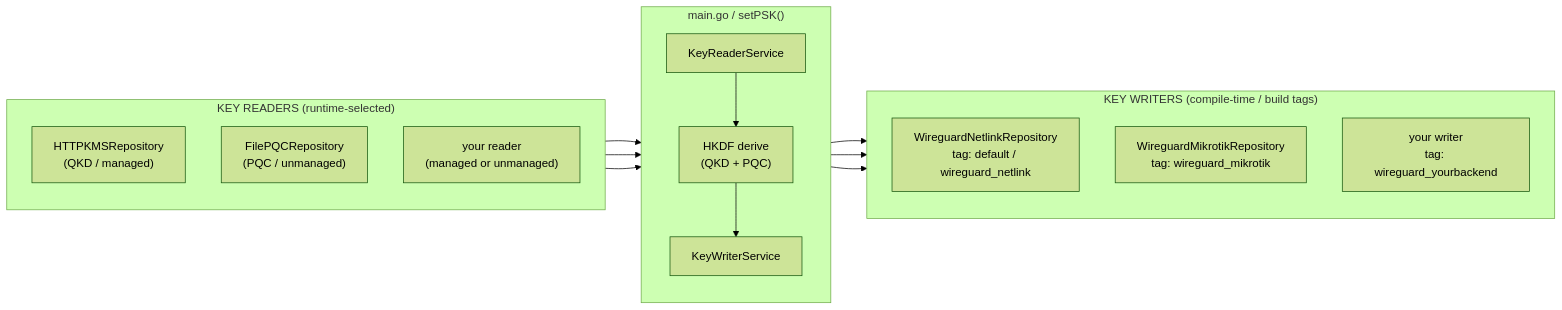
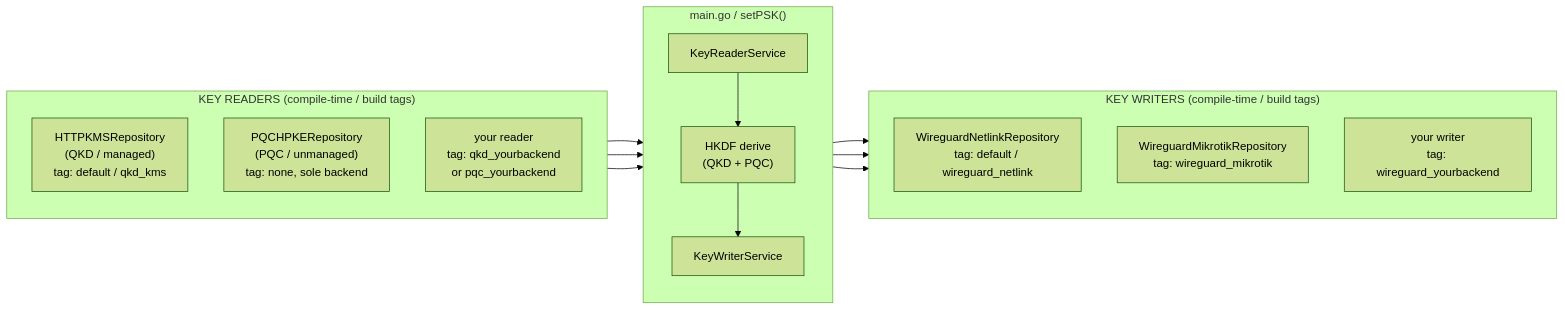
One commit to arnika-project/arnika changed the diagram in KEYCONTROL.md. Above: the diagram before and after it, drawn with Mermaid (forest theme). The commit also changed other lines of this file and 12 other files, not shown here.

Commit message:
Refactored key reader architecture: added PQC and QKD build tags for compile-time backend selection, streamlined runtime configuration constraints, and introduced `ValidateKeySources`. Updated docs for new wiring and build processes.

````diff
--- a/KEYCONTROL.md
+++ b/KEYCONTROL.md
@@ -42,31 +43,31 @@
 ```mermaid
 flowchart LR
-    subgraph Readers["KEY READERS (runtime-selected)"]
+    subgraph Readers["KEY READERS (compile-time / build tags)"]
         direction TB
-        KMS["HTTPKMSRepository<br/>(QKD / managed)"]
-        PQC["FilePQCRepository<br/>(PQC / unmanaged)"]
-        RNEW["your reader<br/>(managed or unmanaged)"]
+        KMS["HTTPKMSRepository<br/>(QKD / managed)<br/>tag: default / qkd_kms"]
+        PQC["PQCHPKERepository<br/>(PQC / unmanaged)<br/>tag: none, sole backend"]
+        RNEW["your reader<br/>tag: qkd_yourbackend<br/>or pqc_yourbackend"]
     end
 
     subgraph Core["main.go / setPSK()"]
         direction TB
         RS["KeyReaderService"]
         KDF["HKDF derive<br/>(QKD + PQC)"]
         WS["KeyWriterService"]
         RS --> KDF --> WS
     end
 
     subgraph Writers["KEY WRITERS (compile-time / build tags)"]
         direction TB
         NL["WireguardNetlinkRepository<br/>tag: default / wireguard_netlink"]
         MT["WireguardMikrotikRepository<br/>tag: wireguard_mikrotik"]
         WNEW["your writer<br/>tag: wireguard_yourbackend"]
     end
 
     KMS --> RS
     PQC --> RS
     RNEW --> RS
     WS --> NL
     WS --> MT
     WS --> WNEW
 ```
````
